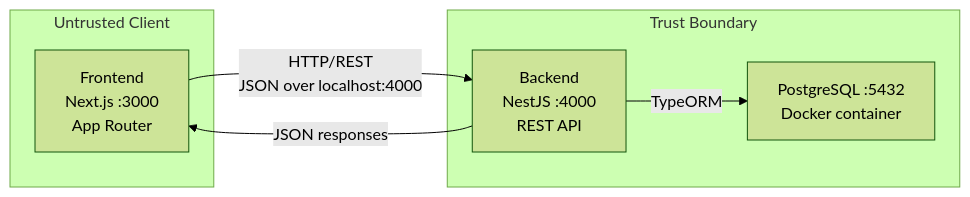
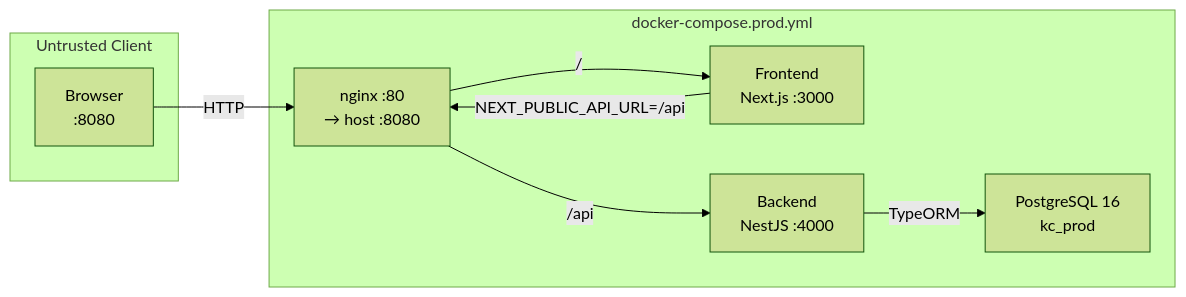
The first of 5 diagrams in docs/architecture/ARCHITECTURE.md (KLJr-Dev/KC-Project), drawn with Mermaid (forest theme) before and after one commit. The commit also changed other lines of this file and 153 other files, not shown here.

````diff
--- a/docs/architecture/ARCHITECTURE.md
+++ b/docs/architecture/ARCHITECTURE.md
@@ -11,13 +15,17 @@
 ```mermaid
 flowchart LR
     subgraph client [Untrusted Client]
-        Frontend["Frontend\nNext.js :3000\nApp Router"]
+        Browser["Browser\n:8080"]
     end
-    subgraph server [Trust Boundary]
-        Backend["Backend\nNestJS :4000\nREST API"]
-        PG["PostgreSQL :5432\nDocker container"]
+    subgraph compose [docker-compose.prod.yml]
+        Nginx["nginx :80\n→ host :8080"]
+        Frontend["Frontend\nNext.js :3000"]
+        Backend["Backend\nNestJS :4000"]
+        PG["PostgreSQL 16\nkc_prod"]
     end
-    Frontend -- "HTTP/REST\nJSON over localhost:4000" --> Backend
-    Backend -- "JSON responses" --> Frontend
+    Browser -- "HTTP" --> Nginx
+    Nginx -- "/" --> Frontend
+    Nginx -- "/api" --> Backend
+    Frontend -- "NEXT_PUBLIC_API_URL=/api" --> Nginx
     Backend -- "TypeORM" --> PG
 ```
````
